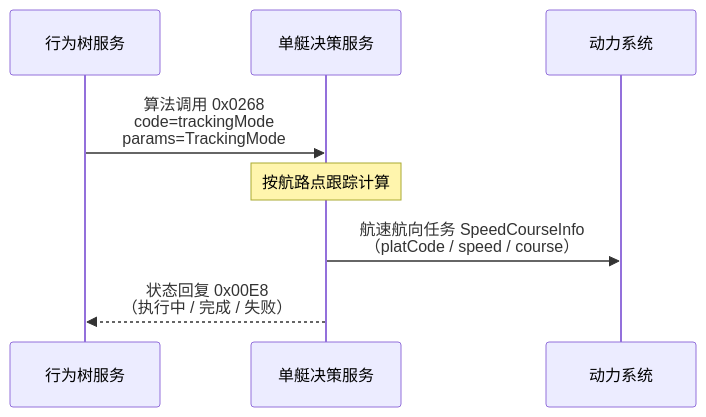
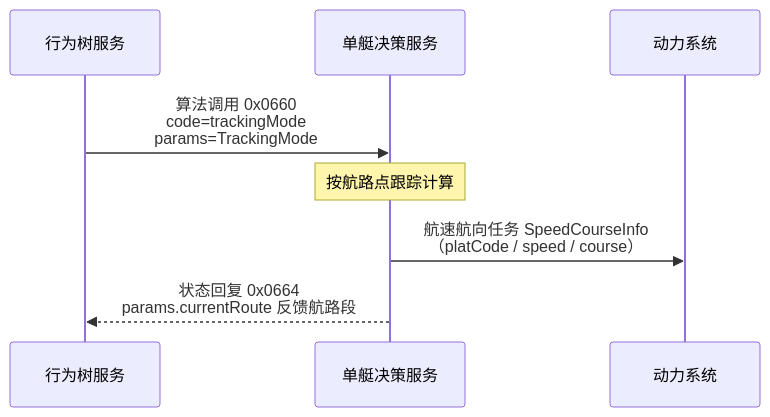
One commit to cocoder777/USV2DSimulator changed the second of 2 diagrams in docs/甲方接口/对接单艇决策服务.md. Above: the diagram before and after it, drawn with Mermaid. The commit also changed other lines of this file and 4 other files, not shown here.

````diff
--- a/docs/甲方接口/对接单艇决策服务.md
+++ b/docs/甲方接口/对接单艇决策服务.md
@@ -191,10 +213,10 @@
 ```mermaid
 sequenceDiagram
     participant Bh as 行为树服务
     participant Algo as 单艇决策服务
     participant Power as 动力系统
-    Bh ->> Algo: 算法调用 0x0268<br/>code=trackingMode<br/>params=TrackingMode
+    Bh ->> Algo: 算法调用 0x0660<br/>code=trackingMode<br/>params=TrackingMode
     Note over Algo: 按航路点跟踪计算
     Algo ->> Power: 航速航向任务 SpeedCourseInfo<br/>（platCode / speed / course）
-    Algo -->> Bh: 状态回复 0x00E8<br/>（执行中 / 完成 / 失败）
+    Algo -->> Bh: 状态回复 0x0664<br/>params.currentRoute 反馈航路段
 ```
````
